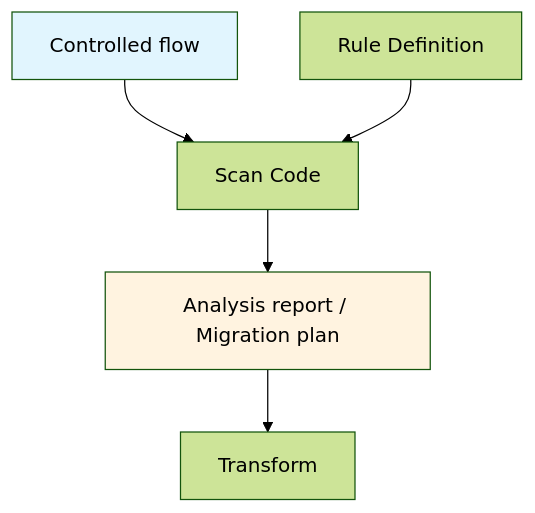
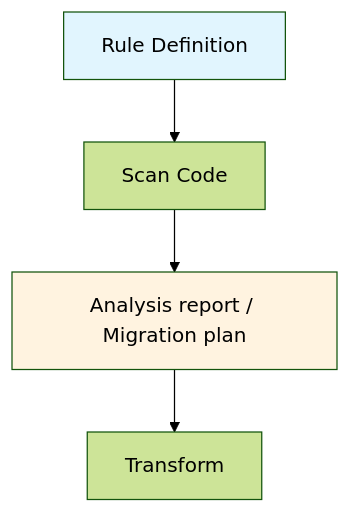
The first of 2 diagrams in README.md (snowdrop/migration-tool), drawn with Mermaid (forest theme) before and after one commit.

Commit message:
Review the flow

````diff
--- a/README.md
+++ b/README.md
@@ -13,10 +13,9 @@
 ```mermaid
 flowchart TD
-    A[Controlled flow] --> B[Scan Code]
-    A1[Rule Definition] --> B[Scan Code]
+    A[Rule Definition] --> B[Scan Code]
     B --> C[Analysis report / Migration plan]
     C --> D[Transform]
 
     style A fill:#e1f5fe
     style C fill:#fff3e0
 ```
````
